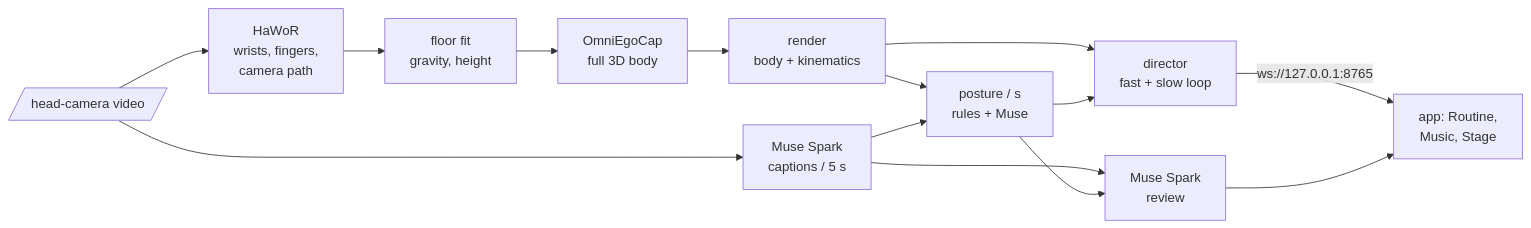
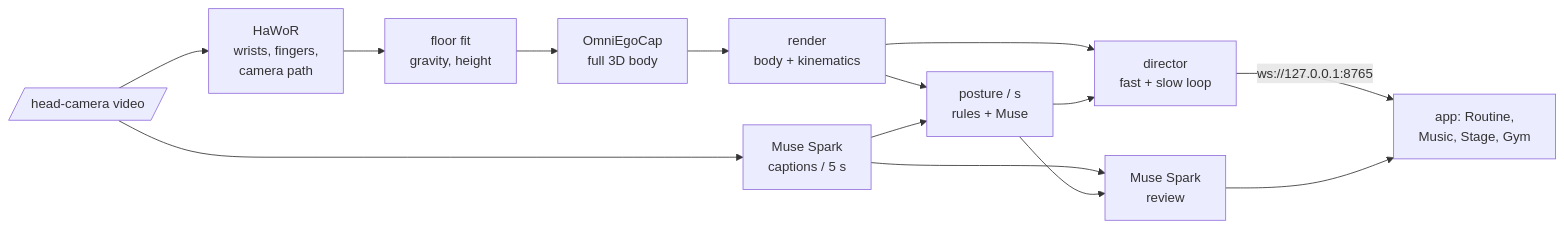
One commit to nshreyasvi/LifeLens changed the diagram in README.md. Above: the diagram before and after it, drawn with Mermaid. The commit also changed other lines of this file, not shown here.

First line of the commit message:
README: judge-focused top (at a glance, Meta models, what we built this week, team, roadmap), keeping all of Shrey's new sections

````diff
--- a/README.md
+++ b/README.md
@@ -207,13 +137,13 @@
 ```mermaid
 flowchart LR
   V[/head-camera video/] --> H[HaWoR<br/>wrists, fingers,<br/>camera path]
   H --> F[floor fit<br/>gravity, height]
   F --> O[OmniEgoCap<br/>full 3D body]
   O --> R[render<br/>body + kinematics]
   V --> M[Muse Spark<br/>captions / 5 s]
   R & M --> I[posture / s<br/>rules + Muse]
   M & I --> T[Muse Spark<br/>review]
   R & I --> D[director<br/>fast + slow loop]
-  D -->|ws://127.0.0.1:8765| UI[app: Routine,<br/>Music, Stage]
+  D -->|ws://127.0.0.1:8765| UI[app: Routine,<br/>Music, Stage, Gym]
   T --> UI
 ```
````
